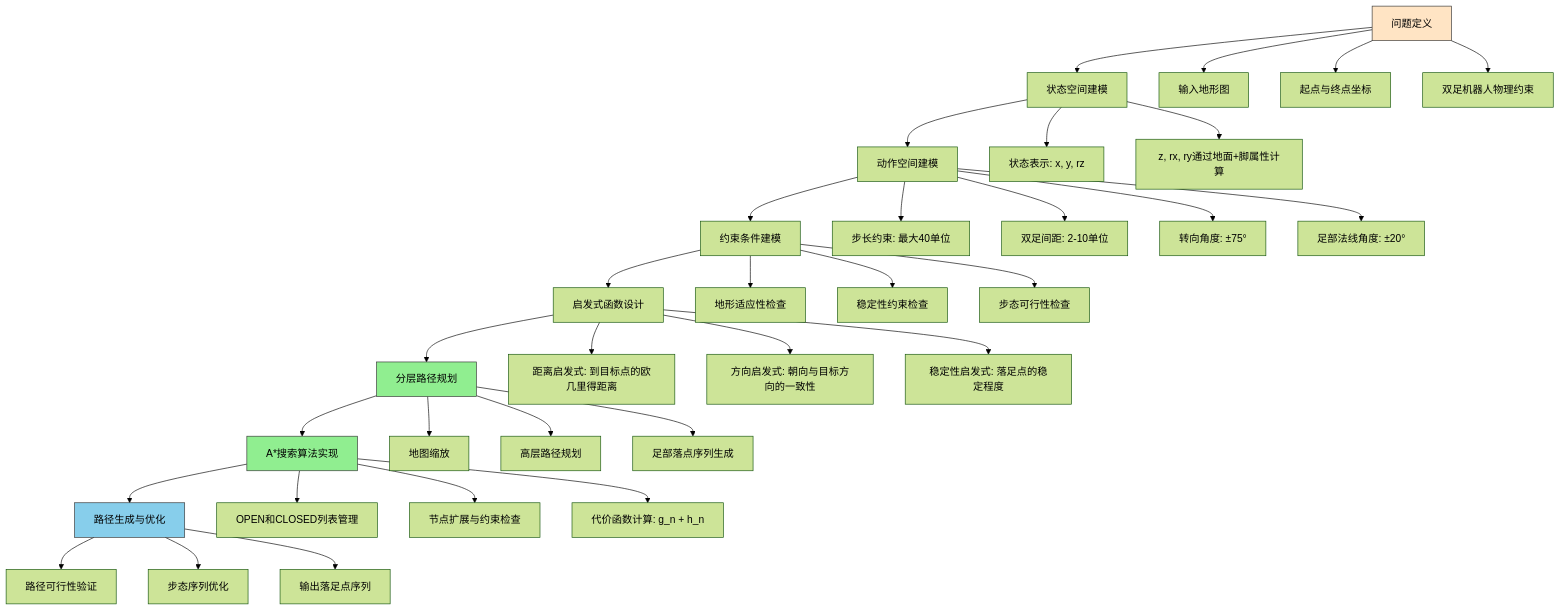
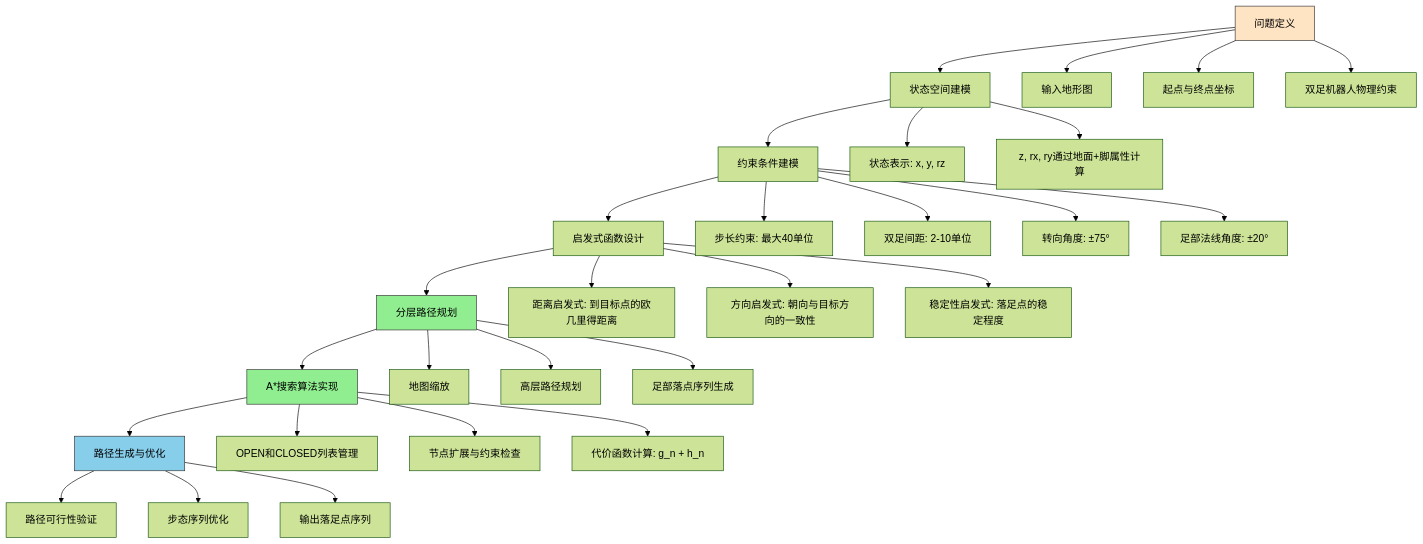
Before and after one commit to vesita/trapla: the diagram in doc/problem_flow.md, drawn with Mermaid (forest theme). The commit also changed other lines of this file and 19 other files, not shown here.

````diff
--- a/doc/problem_flow.md
+++ b/doc/problem_flow.md
@@ -28,47 +141,42 @@
 ```mermaid
 graph TD
     A[问题定义] --> B[状态空间建模]
-    B --> C[动作空间建模]
-    C --> D[约束条件建模]
-    D --> E[启发式函数设计]
-    E --> F1[分层路径规划]
-    F1 --> F2[A*搜索算法实现]
-    F2 --> G[路径生成与优化]
+    B --> C[约束条件建模]
+    C --> D[启发式函数设计]
+    D --> E[分层路径规划]
+    E --> F[A*搜索算法实现]
+    F --> G[路径生成与优化]
     
     A --> A1[输入地形图]
     A --> A2[起点与终点坐标]
     A --> A3[双足机器人物理约束]
     
     B --> B1[状态表示: x, y, rz]
     B --> B2[z, rx, ry通过地面+脚属性计算]
     
     C --> C1[步长约束: 最大40单位]
     C --> C2[双足间距: 2-10单位]
     C --> C3[转向角度: ±75°]
     C --> C4[足部法线角度: ±20°]
     
-    D --> D1[地形适应性检查]
-    D --> D2[稳定性约束检查]
-    D --> D3[步态可行性检查]
+    D --> D1[距离启发式: 到目标点的欧几里得距离]
+    D --> D2[方向启发式: 朝向与目标方向的一致性]
+    D --> D3[稳定性启发式: 落足点的稳定程度]
     
-    E --> E1[距离启发式: 到目标点的欧几里得距离]
-    E --> E2[方向启发式: 朝向与目标方向的一致性]
-    E --> E3[稳定性启发式: 落足点的稳定程度]
+    E --> E1[地图缩放]
+    E --> E2[高层路径规划]
+    E --> E3[足部落点序列生成]
     
-    F1 --> F11[地图缩放]
-    F1 --> F12[高层路径规划]
-    F1 --> F13[足部落点序列生成]
-    
-    F2 --> F21[OPEN和CLOSED列表管理]
-    F2 --> F22[节点扩展与约束检查]
-    F2 --> F23[代价函数计算: g_n + h_n]
+    F --> F1[OPEN和CLOSED列表管理]
+    F --> F2[节点扩展与约束检查]
+    F --> F3[代价函数计算: g_n + h_n]
     
     G --> G1[路径可行性验证]
     G --> G2[步态序列优化]
     G --> G3[输出落足点序列]
     
     style A fill:#ffe4c4,stroke:#333
-    style F1 fill:#90ee90,stroke:#333
-    style F2 fill:#90ee90,stroke:#333
+    style E fill:#90ee90,stroke:#333
+    style F fill:#90ee90,stroke:#333
     style G fill:#87ceeb,stroke:#333
 ```
````
